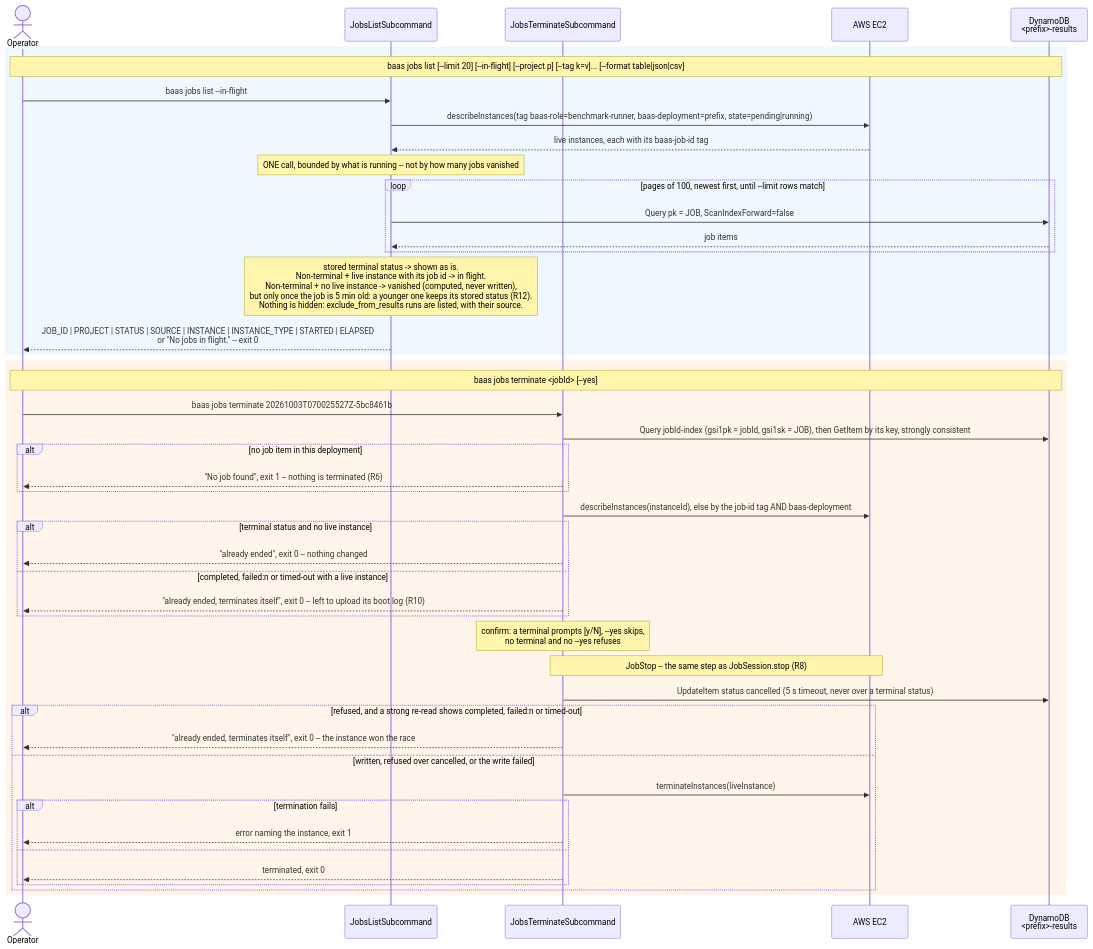
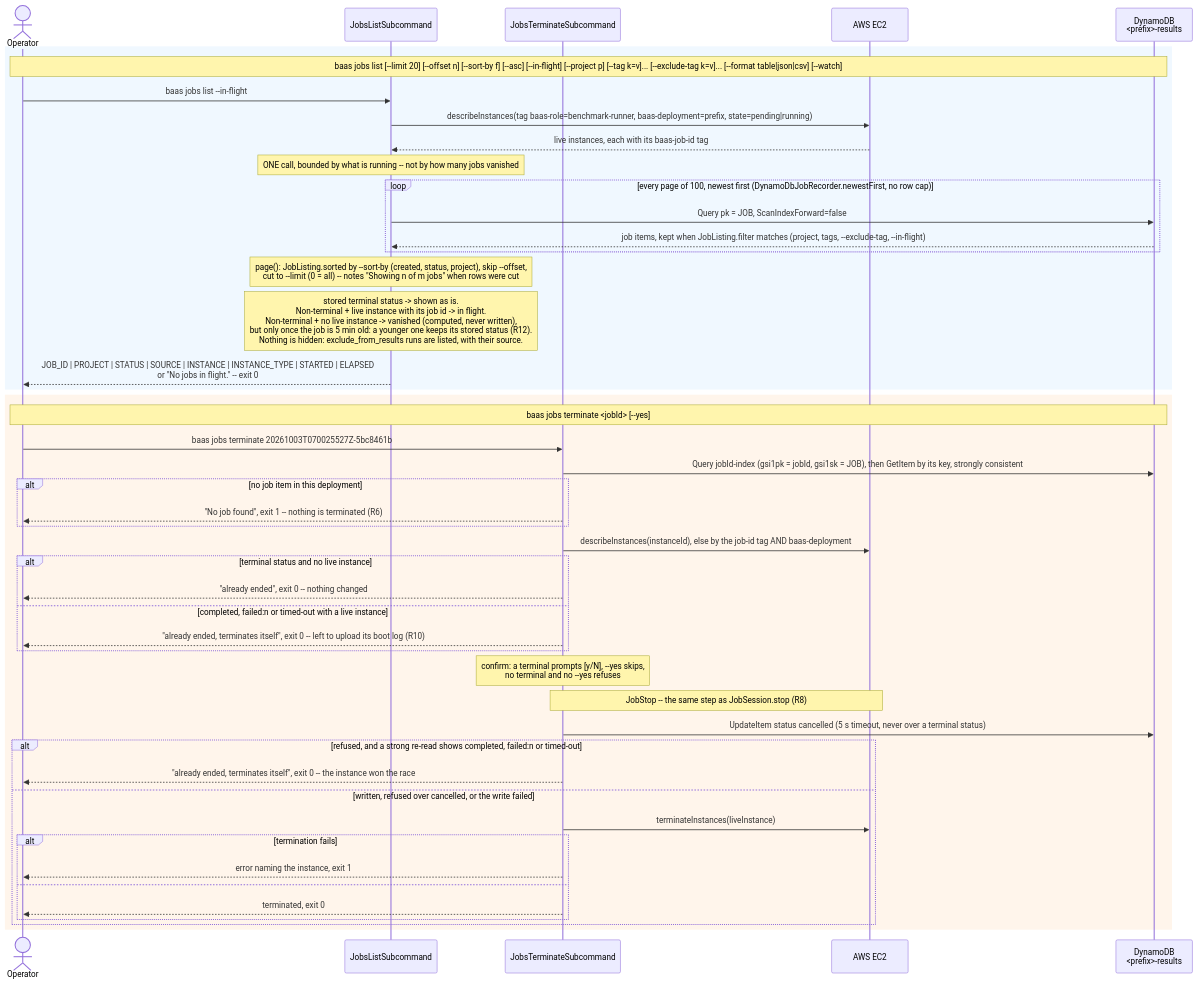
Before and after one commit to wsztajerowski/benchmark-as-a-service: the diagram in docs/diagrams/baas-jobs.mmd, drawn with Mermaid. The commit also changed 11 other files, not shown here.

First line of the commit message:
docs: redraw the diagrams from the refactored code and re-check every finding

```diff
--- a/docs/diagrams/baas-jobs.mmd
+++ b/docs/diagrams/baas-jobs.mmd
@@ -1,48 +1,49 @@
 sequenceDiagram
     actor User as Operator
     participant RL as JobsListSubcommand
     participant RT as JobsTerminateSubcommand
     participant EC2 as AWS EC2
     participant DDB as DynamoDB<br/><prefix>-results
 
     rect rgb(240, 248, 255)
-        Note over User,DDB: baas jobs list [--limit 20] [--in-flight] [--project p] [--tag k=v]... [--format table|json|csv]
+        Note over User,DDB: baas jobs list [--limit 20] [--offset n] [--sort-by f] [--asc] [--in-flight] [--project p] [--tag k=v]... [--exclude-tag k=v]... [--format table|json|csv] [--watch]
         User->>RL: baas jobs list --in-flight
         RL->>EC2: describeInstances(tag baas-role=benchmark-runner, baas-deployment=prefix, state=pending|running)
         EC2-->>RL: live instances, each with its baas-job-id tag
         Note over RL: ONE call, bounded by what is running -- not by how many jobs vanished
-        loop pages of 100, newest first, until --limit rows match
+        loop every page of 100, newest first (DynamoDbJobRecorder.newestFirst, no row cap)
             RL->>DDB: Query pk = JOB, ScanIndexForward=false
-            DDB-->>RL: job items
+            DDB-->>RL: job items, kept when JobListing.filter matches (project, tags, --exclude-tag, --in-flight)
         end
+        Note over RL: page(): JobListing.sorted by --sort-by (created, status, project), skip --offset,<br/>cut to --limit (0 = all) -- notes "Showing n of m jobs" when rows were cut
         Note over RL: stored terminal status -> shown as is.<br/>Non-terminal + live instance with its job id -> in flight.<br/>Non-terminal + no live instance -> vanished (computed, never written),<br/>but only once the job is 5 min old: a younger one keeps its stored status (R12).<br/>Nothing is hidden: exclude_from_results runs are listed, with their source.
         RL-->>User: JOB_ID | PROJECT | STATUS | SOURCE | INSTANCE | INSTANCE_TYPE | STARTED | ELAPSED<br/>or "No jobs in flight." -- exit 0
     end
 
     rect rgb(255, 245, 235)
         Note over User,DDB: baas jobs terminate <jobId> [--yes]
         User->>RT: baas jobs terminate 20261003T070025527Z-5bc8461b
         RT->>DDB: Query jobId-index (gsi1pk = jobId, gsi1sk = JOB), then GetItem by its key, strongly consistent
         alt no job item in this deployment
             RT-->>User: "No job found", exit 1 -- nothing is terminated (R6)
         end
         RT->>EC2: describeInstances(instanceId), else by the job-id tag AND baas-deployment
         alt terminal status and no live instance
             RT-->>User: "already ended", exit 0 -- nothing changed
         else completed, failed:n or timed-out with a live instance
             RT-->>User: "already ended, terminates itself", exit 0 -- left to upload its boot log (R10)
         end
         Note over RT: confirm: a terminal prompts [y/N], --yes skips,<br/>no terminal and no --yes refuses
         Note over RT,EC2: JobStop -- the same step as JobSession.stop (R8)
         RT->>DDB: UpdateItem status cancelled (5 s timeout, never over a terminal status)
         alt refused, and a strong re-read shows completed, failed:n or timed-out
             RT-->>User: "already ended, terminates itself", exit 0 -- the instance won the race
         else written, refused over cancelled, or the write failed
             RT->>EC2: terminateInstances(liveInstance)
             alt termination fails
                 RT-->>User: error naming the instance, exit 1
             else
                 RT-->>User: terminated, exit 0
             end
         end
     end
```
